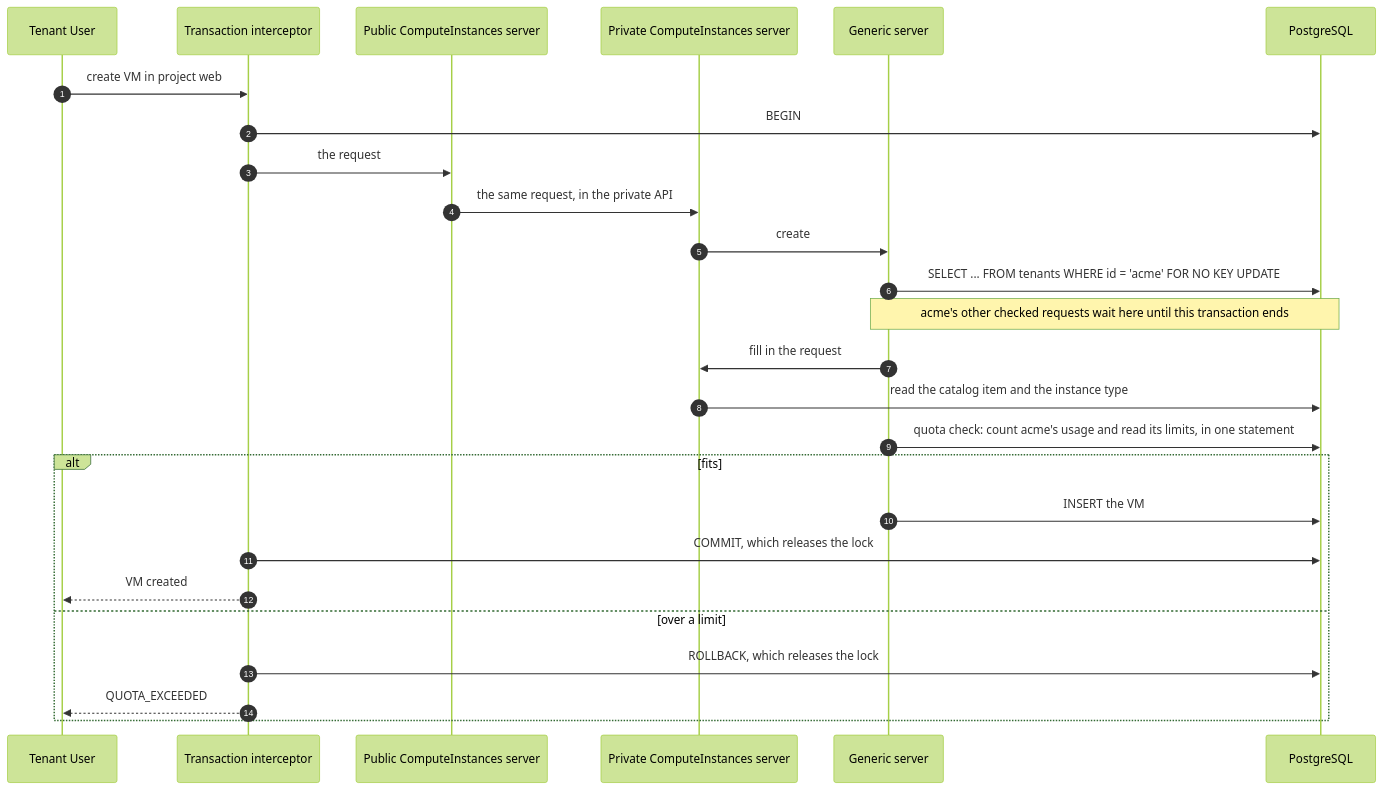
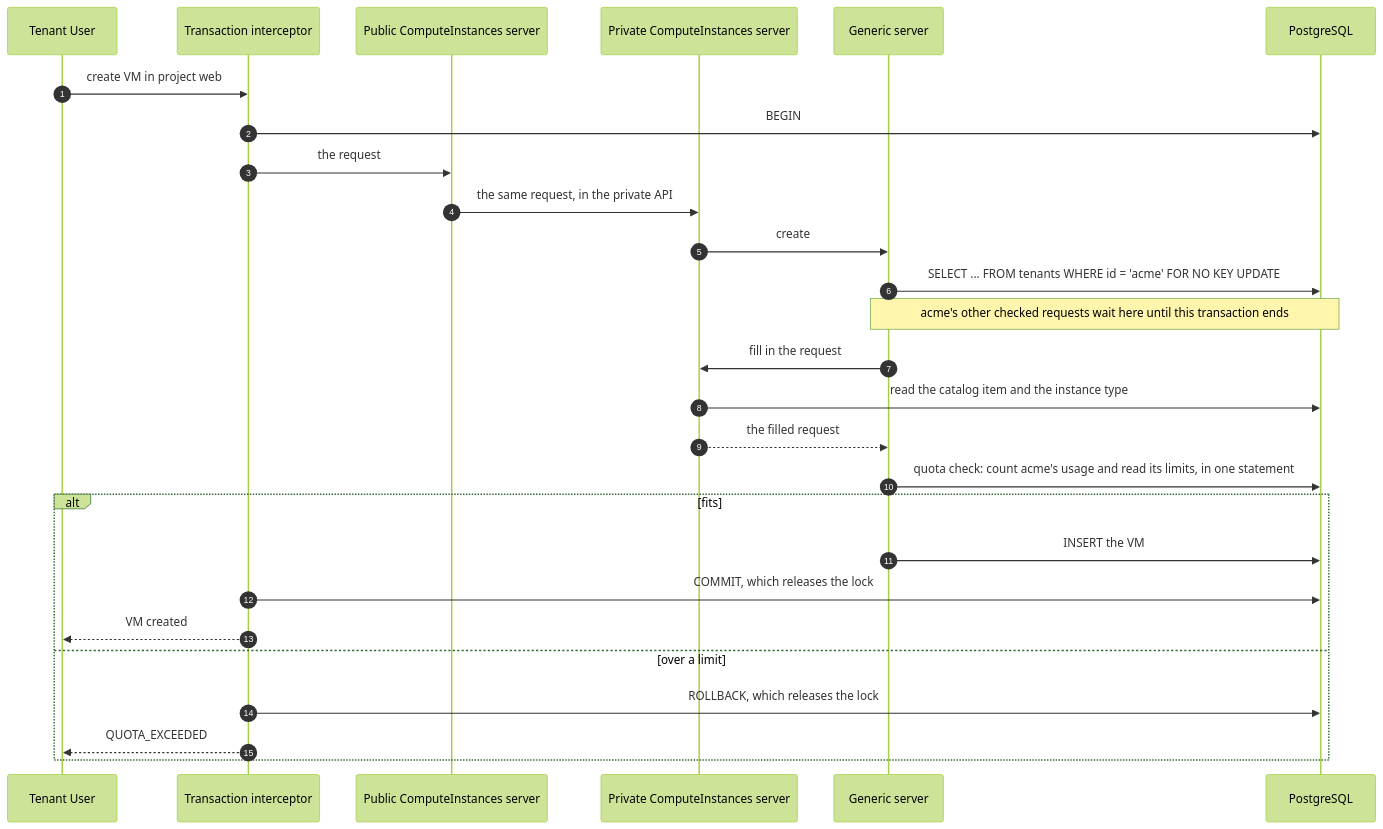
One commit to osac-project/enhancement-proposals changed the diagram in enhancements/OSAC-4500-quota-foundation/design.md. Above: the diagram before and after it, drawn with Mermaid (forest theme). The commit also changed other lines of this file, not shown here.

Commit message:
cr fixes: round 3 - sequence diagram, thresholds, dimension list

````diff
--- a/enhancements/OSAC-4500-quota-foundation/design.md
+++ b/enhancements/OSAC-4500-quota-foundation/design.md
@@ -124,28 +124,29 @@
 ```mermaid
 sequenceDiagram
     autonumber
     participant U as Tenant User
     participant T as Transaction interceptor
     participant P as Public ComputeInstances server
     participant V as Private ComputeInstances server
     participant G as Generic server
     participant DB as PostgreSQL
     U->>T: create VM in project web
     T->>DB: BEGIN
     T->>P: the request
     P->>V: the same request, in the private API
     V->>G: create
     G->>DB: SELECT ... FROM tenants WHERE id = 'acme' FOR NO KEY UPDATE
     Note over G,DB: acme's other checked requests wait here until this transaction ends
     G->>V: fill in the request
     V->>DB: read the catalog item and the instance type
+    V-->>G: the filled request
     G->>DB: quota check: count acme's usage and read its limits, in one statement
     alt fits
         G->>DB: INSERT the VM
         T->>DB: COMMIT, which releases the lock
         T-->>U: VM created
     else over a limit
         T->>DB: ROLLBACK, which releases the lock
         T-->>U: QUOTA_EXCEEDED
     end
 ```
````
